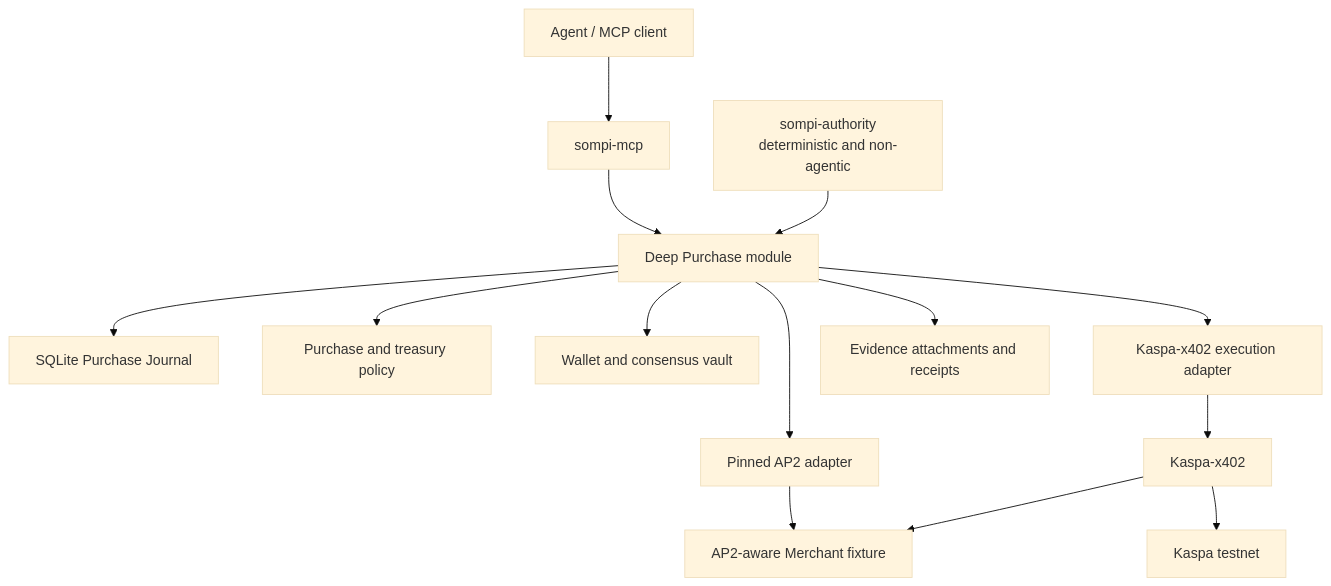
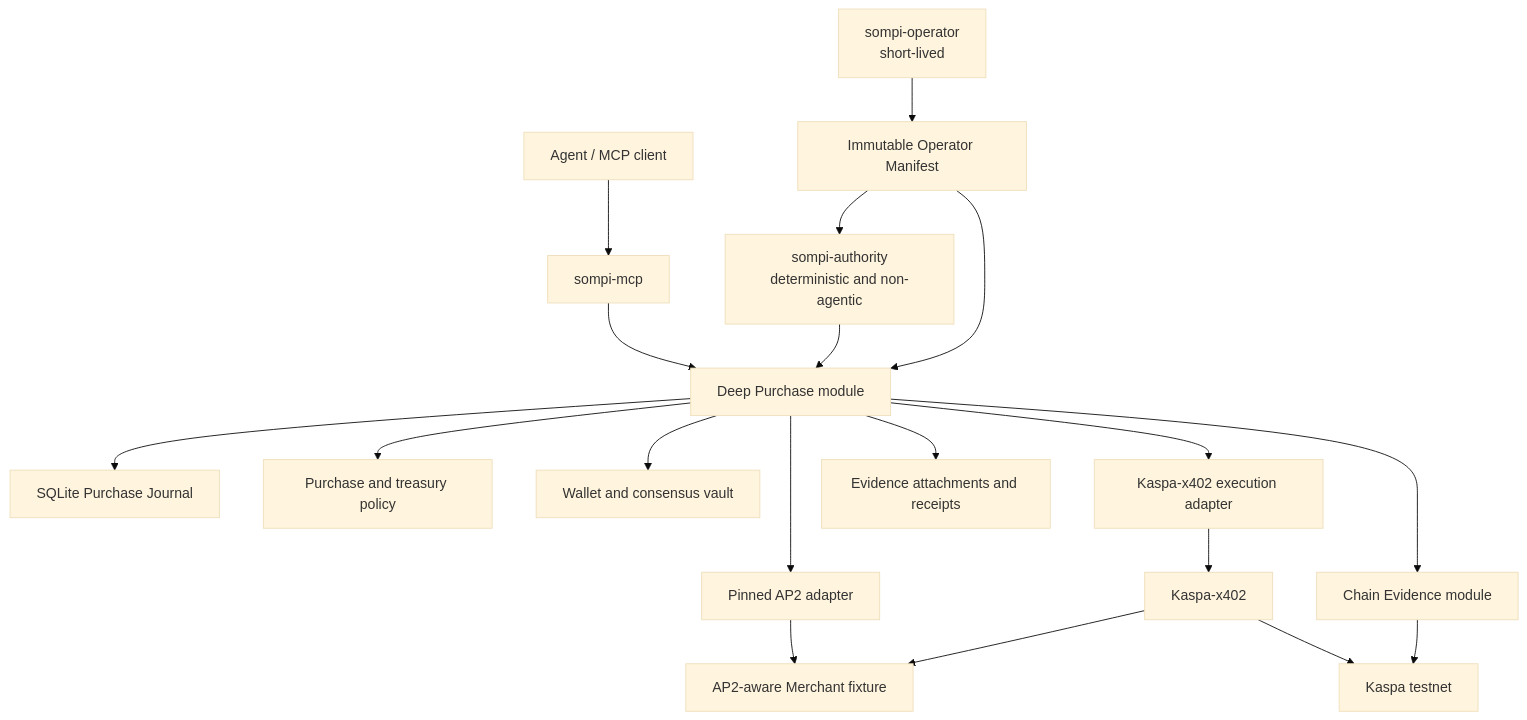
The first of 3 diagrams in docs/architecture/SOMPI_ARCHITECTURE.md (elldeeone/sompi), drawn with Mermaid (base theme) before and after one commit. The commit also changed other lines of this file and 127 other files, not shown here.

Commit message:
Codify post-scan security architecture

````diff
--- a/docs/architecture/SOMPI_ARCHITECTURE.md
+++ b/docs/architecture/SOMPI_ARCHITECTURE.md
@@ -29,19 +31,24 @@
 ```mermaid
 flowchart TD
     Agent["Agent / MCP client"] --> MCP["sompi-mcp"]
     MCP --> Purchase["Deep Purchase module"]
     Authority["sompi-authority\ndeterministic and non-agentic"] --> Purchase
+    Operator["sompi-operator\nshort-lived"] --> Manifest["Immutable Operator Manifest"]
+    Manifest --> Purchase
+    Manifest --> Authority
 
     Purchase --> Journal["SQLite Purchase Journal"]
     Purchase --> Policy["Purchase and treasury policy"]
     Purchase --> Vault["Wallet and consensus vault"]
     Purchase --> AP2["Pinned AP2 adapter"]
     Purchase --> X402["Kaspa-x402 execution adapter"]
+    Purchase --> Chain["Chain Evidence module"]
 
     AP2 --> Merchant["AP2-aware Merchant fixture"]
     X402 --> KX["Kaspa-x402"]
     KX --> Merchant
     KX --> Kaspa["Kaspa testnet"]
+    Chain --> Kaspa
 
     Purchase --> Evidence["Evidence attachments and receipts"]
 ```
````
